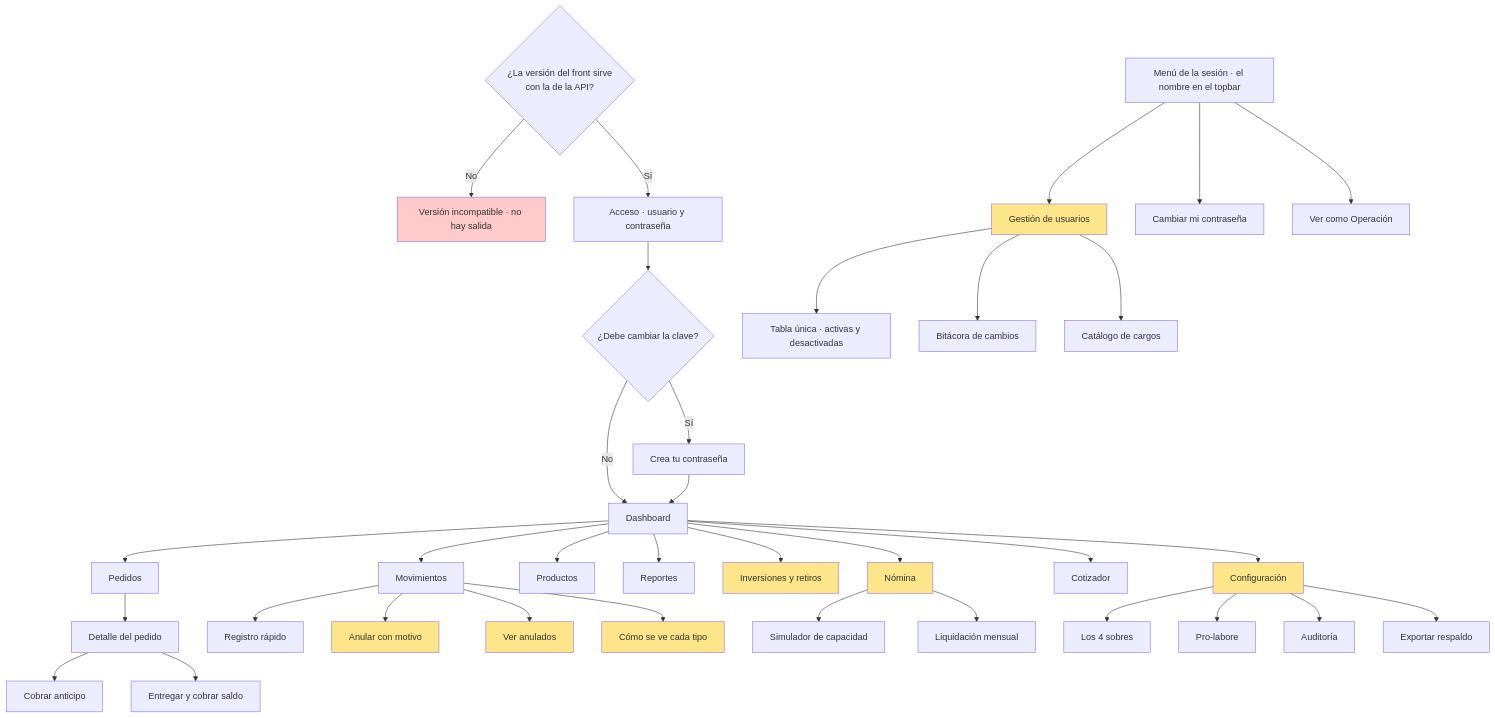
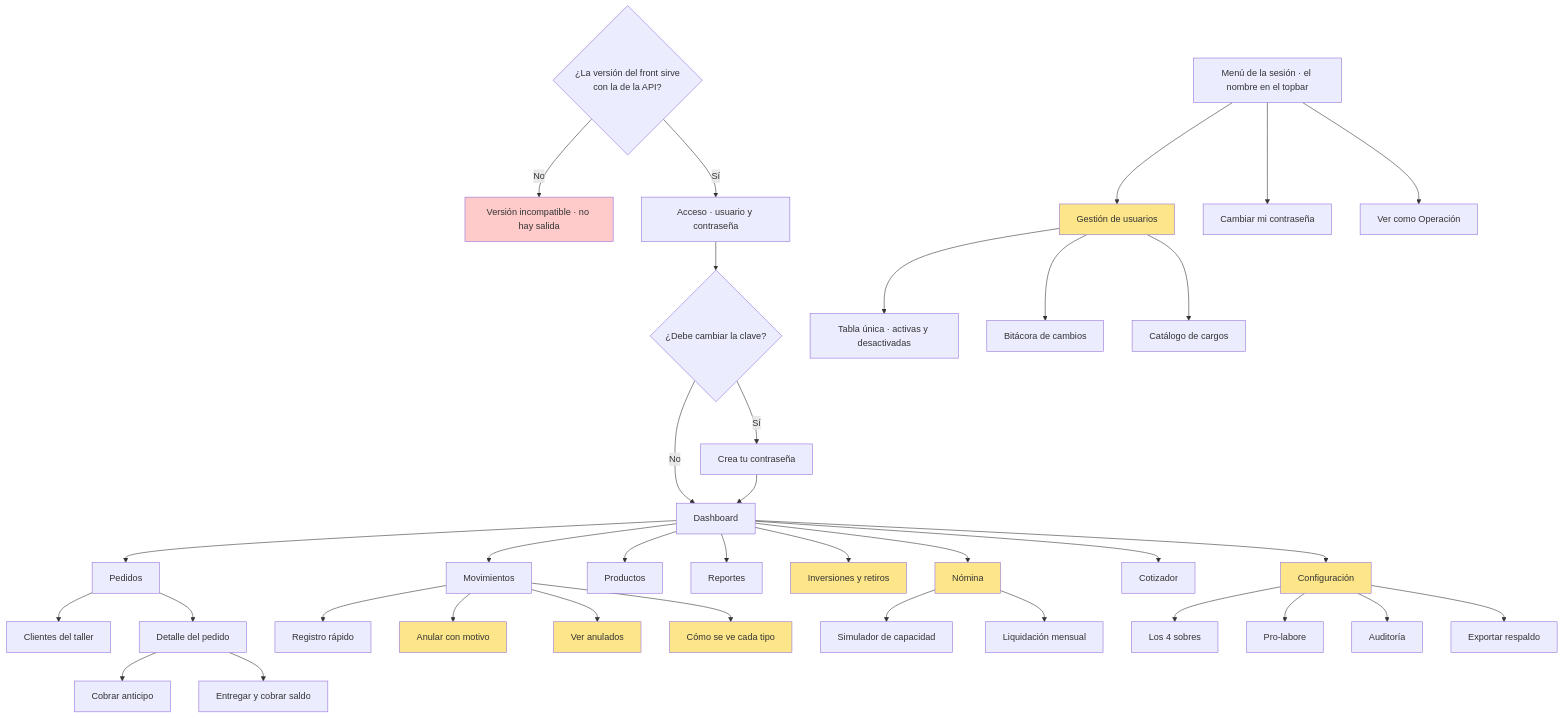
Before and after one commit to Juanchope039/Finanzas-PRISMA: the diagram in docs/10-ux-y-mockups.md, drawn with Mermaid. The commit also changed other lines of this file and 4 other files, not shown here.

````diff
--- a/docs/10-ux-y-mockups.md
+++ b/docs/10-ux-y-mockups.md
@@ -51,53 +51,54 @@
 ```mermaid
 graph TD
   A0{¿La versión del front sirve
 con la de la API?} -->|No| VI[Versión incompatible · no hay salida]
   A0 -->|Sí| L[Acceso · usuario y contraseña]
   L --> V{¿Debe cambiar la clave?}
   V -->|Sí| CC[Crea tu contraseña]
   V -->|No| D[Dashboard]
   CC --> D
 
   D --> P[Pedidos]
   D --> M[Movimientos]
   D --> PR[Productos]
   D --> R[Reportes]
   D --> I[Inversiones y retiros]
   D --> N[Nómina]
   D --> C[Cotizador]
   D --> CF[Configuración]
 
   MS[Menú de la sesión · el nombre en el topbar] --> U[Gestión de usuarios]
   MS --> MP[Cambiar mi contraseña]
   MS --> VO[Ver como Operación]
 
+  P --> CL[Clientes del taller]
   P --> PD[Detalle del pedido]
   PD --> PA[Cobrar anticipo]
   PD --> PE[Entregar y cobrar saldo]
 
   M --> MR[Registro rápido]
   M --> MA[Anular con motivo]
   M --> MV[Ver anulados]
   M --> MT[Cómo se ve cada tipo]
 
   N --> NS[Simulador de capacidad]
   N --> NL[Liquidación mensual]
 
   CF --> CS[Los 4 sobres]
   CF --> CP[Pro-labore]
   CF --> CA[Auditoría]
   CF --> CE[Exportar respaldo]
 
   U --> UT[Tabla única · activas y desactivadas]
   U --> UB[Bitácora de cambios]
   U --> UC[Catálogo de cargos]
 
   style N fill:#fde68a
   style I fill:#fde68a
   style CF fill:#fde68a
   style U fill:#fde68a
   style MA fill:#fde68a
   style MV fill:#fde68a
   style MT fill:#fde68a
   style VI fill:#fecaca
 ```
````
